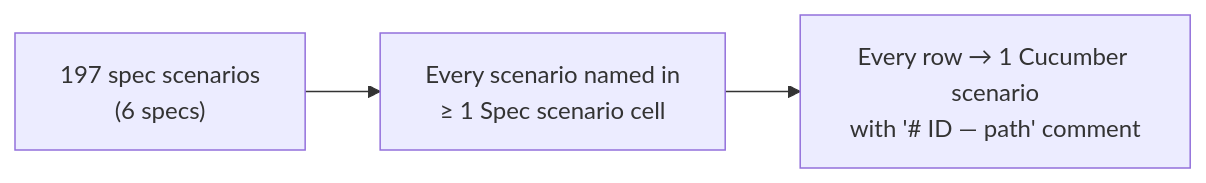
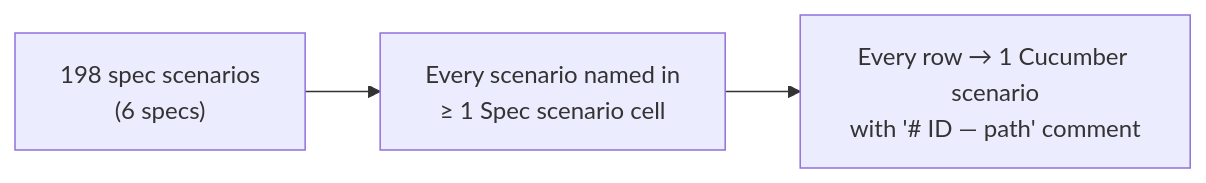
Before and after one commit to sampadadiwan/IRM_CompanyMain: the fourth of 4 diagrams in openspec/changes/fund-compliance-monitoring/business-rules.md, drawn with Mermaid. The commit also changed other lines of this file and 42 other files, not shown here.

````diff
--- a/openspec/changes/fund-compliance-monitoring/business-rules.md
+++ b/openspec/changes/fund-compliance-monitoring/business-rules.md
@@ -568,5 +569,5 @@
 ```mermaid
 flowchart LR
-    S["197 spec scenarios<br/>(6 specs)"] --> R["Every scenario named in<br/>≥ 1 Spec scenario cell"]
+    S["198 spec scenarios<br/>(6 specs)"] --> R["Every scenario named in<br/>≥ 1 Spec scenario cell"]
     R --> F["Every row → 1 Cucumber scenario<br/>with '# ID — path' comment"]
 ```
````
